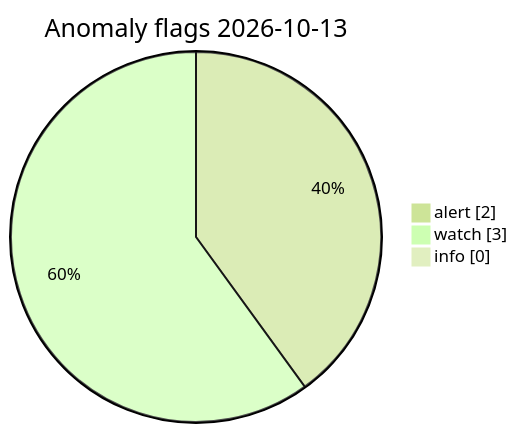
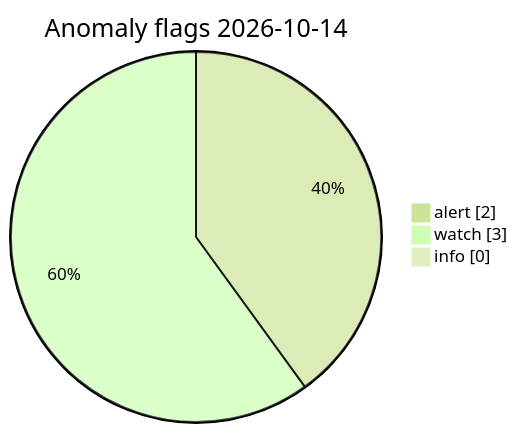
The diagram in visuals/latest/CHARTS.md (Midwest-Stratospheric/Unified-Open-Global-Weather), drawn with Mermaid (forest theme) before and after one commit. The commit also changed other lines of this file and 23 other files, not shown here.

Commit message:
data(visuals): automated charts 2026-10-14T09:53Z

````diff
--- a/visuals/latest/CHARTS.md
+++ b/visuals/latest/CHARTS.md
@@ -73,7 +73,7 @@
 ```mermaid
 pie showData
-  title Anomaly flags 2026-10-13
+  title Anomaly flags 2026-10-14
   "alert" : 2
   "watch" : 3
   "info" : 0
 ```
````
